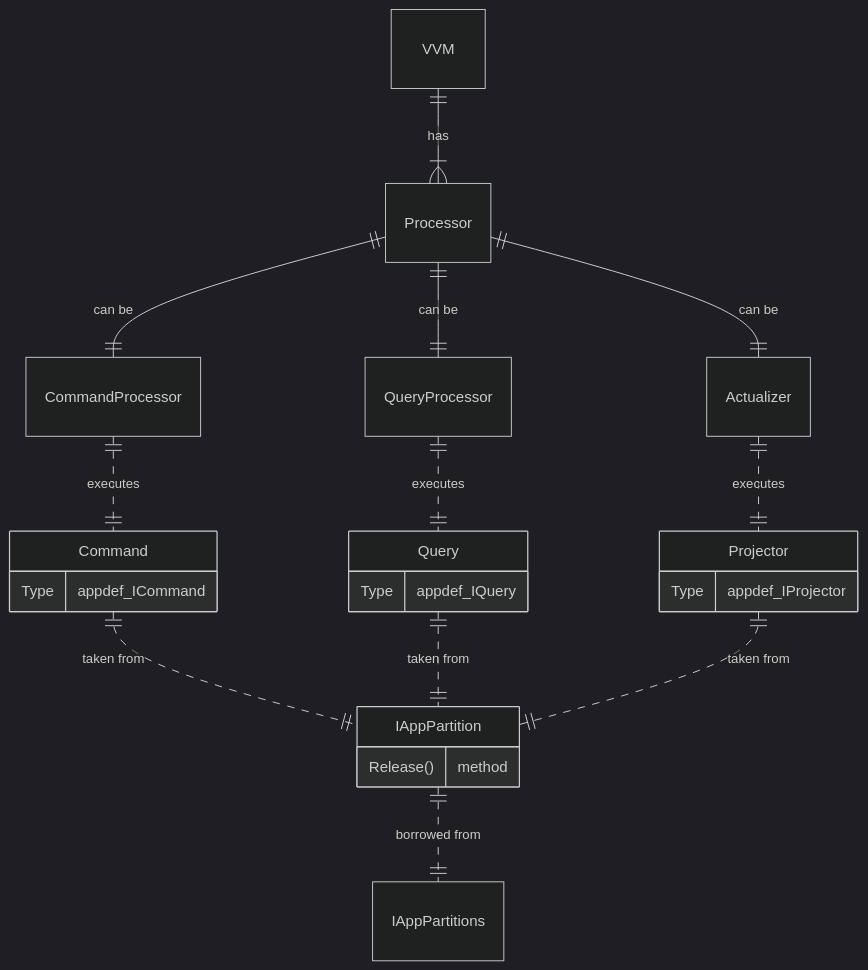
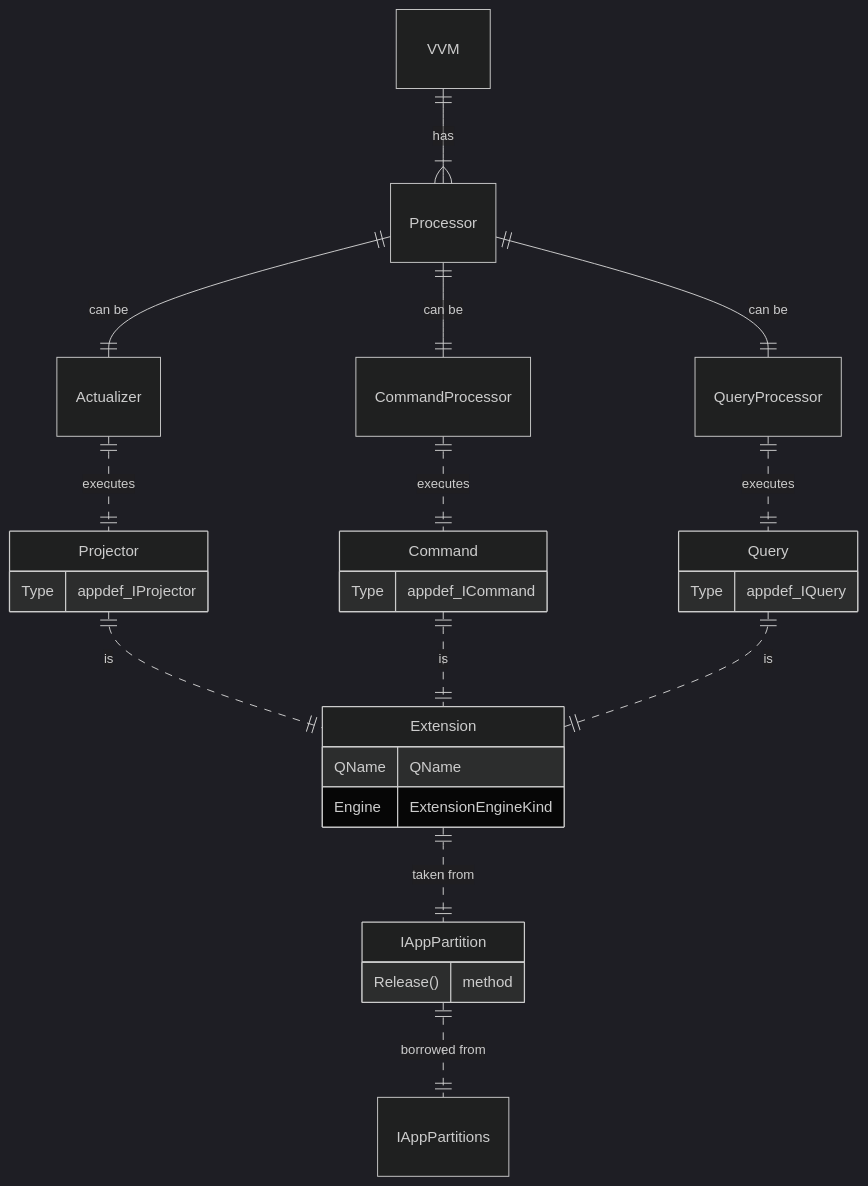
Before and after one commit to voedger/voedger: the fourth of 13 diagrams in design/README.md, drawn with Mermaid (dark theme). The commit also changed other lines of this file and 3 other files, not shown here.

````diff
--- a/design/README.md
+++ b/design/README.md
@@ -128,37 +128,44 @@
 ```mermaid
     erDiagram
     
     %% Entities
 
     Projector{
         Type   appdef_IProjector
     }
     Query{
         Type   appdef_IQuery
     }
     Command {
         Type   appdef_ICommand
     }   
+    Extension {
+      QName QName
+      Engine ExtensionEngineKind
+    }
     IAppPartition {
         Release() method
     }       
 
     %% Relations
 
     VVM ||--|{ Processor : "has"
 
     Processor ||--|| CommandProcessor : "can be"
     Processor ||--|| QueryProcessor : "can be"
     Processor ||--|| Actualizer : "can be"   
 
 
     Actualizer ||..|| Projector: executes
     CommandProcessor ||..|| Command: "executes"
     QueryProcessor ||..|| Query: "executes"
 
-    Command ||..|| IAppPartition: "taken from"
-    Query ||..|| IAppPartition: "taken from"
-    Projector ||..|| IAppPartition: "taken from"
+    Projector ||..|| Extension: "is"
+    Command ||..|| Extension: "is"
+    Query ||..|| Extension: "is"
+
+    Extension ||..|| IAppPartition: "taken from"
+
 
     IAppPartition ||..|| IAppPartitions: "borrowed from"
 ```
````
